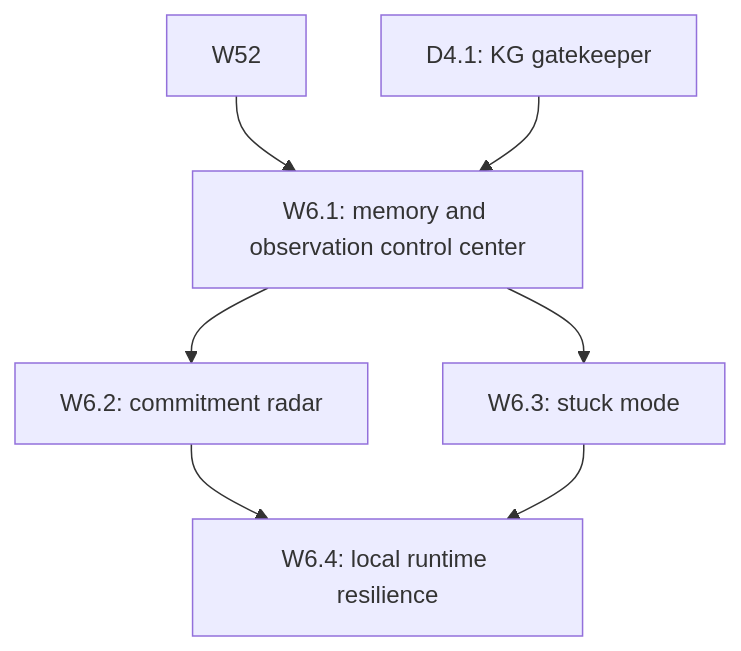
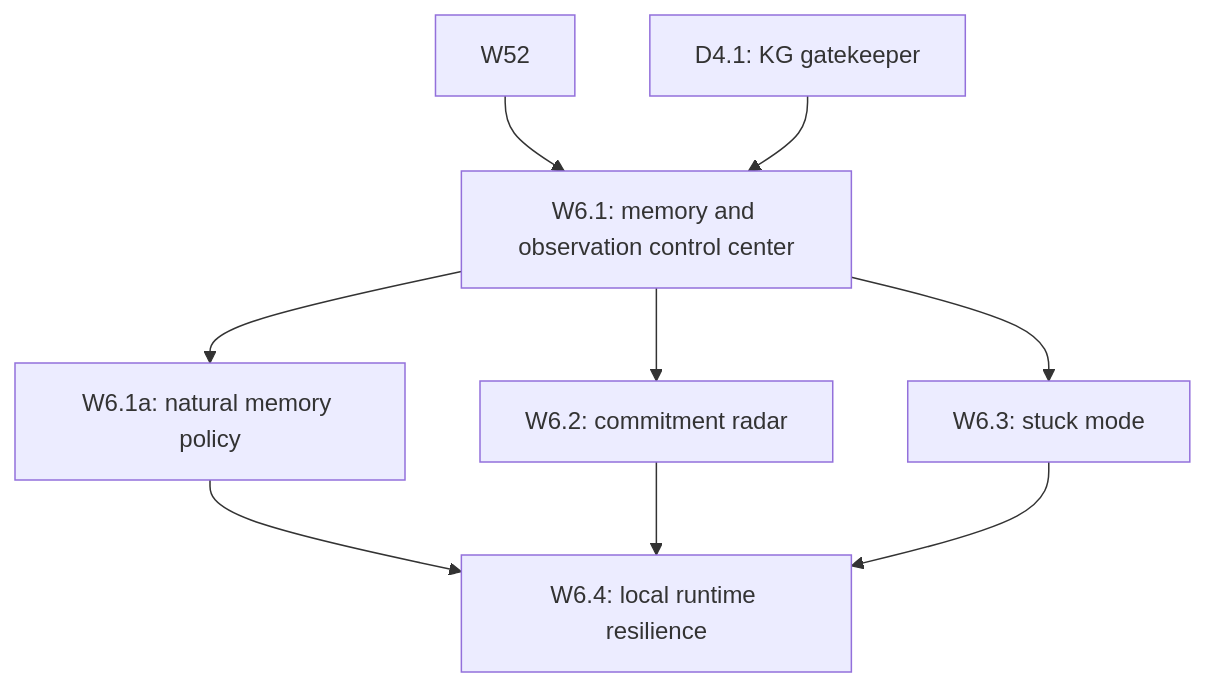
The sixth of 11 diagrams in docs/lyra_build_plan.md (ChrisHartline/Lyra), drawn with Mermaid before and after one commit. The commit also changed other lines of this file and 21 other files, not shown here.

Commit message:
W6.1a: add natural segmented memory policy

````diff
--- a/docs/lyra_build_plan.md
+++ b/docs/lyra_build_plan.md
@@ -311,13 +311,16 @@
 ```mermaid
 graph TD
     W61[W6.1: memory and observation control center]
+    W61A[W6.1a: natural memory policy]
     W62[W6.2: commitment radar]
     W63[W6.3: stuck mode]
     W64[W6.4: local runtime resilience]
     W52 --> W61
     D41[D4.1: KG gatekeeper] --> W61
+    W61 --> W61A
     W61 --> W62
     W61 --> W63
+    W61A --> W64
     W62 --> W64
     W63 --> W64
 ```
````
